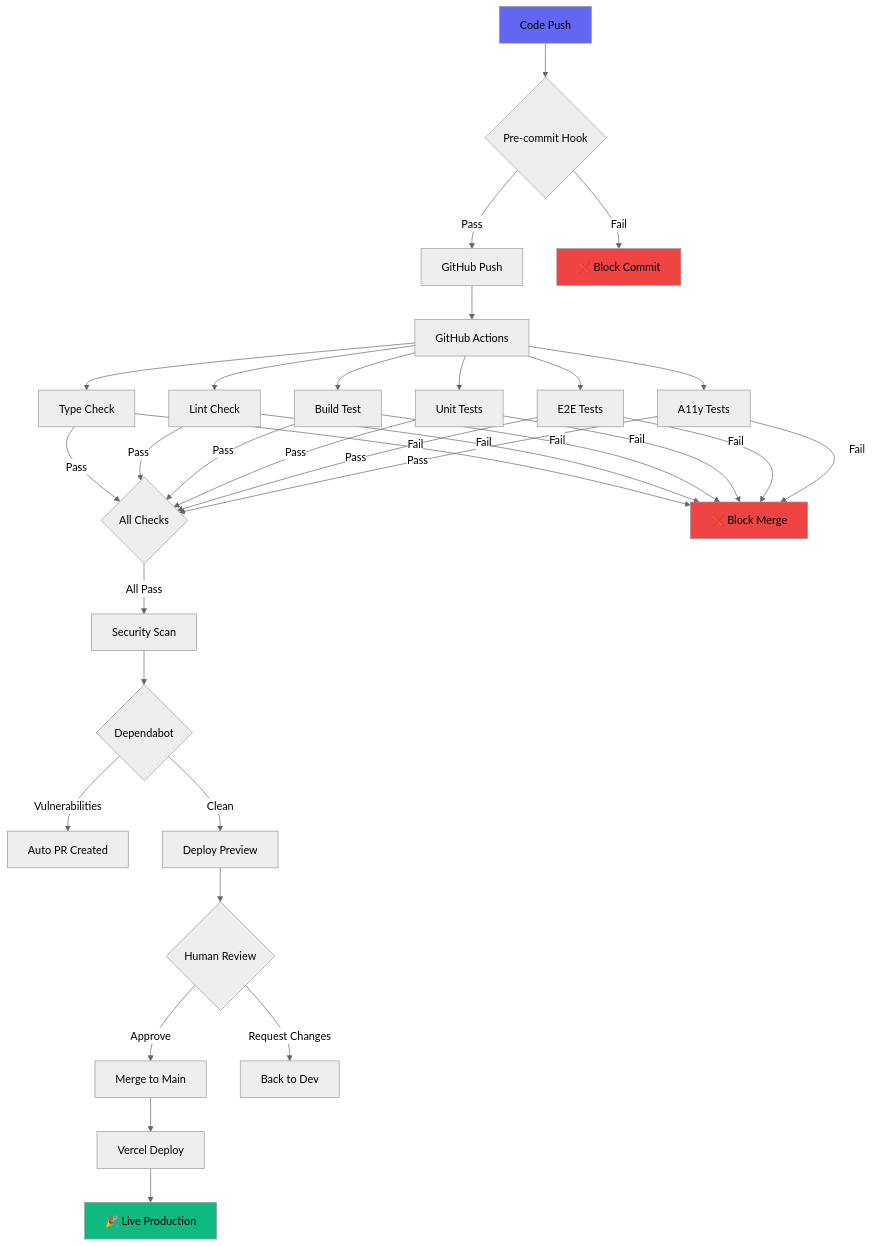
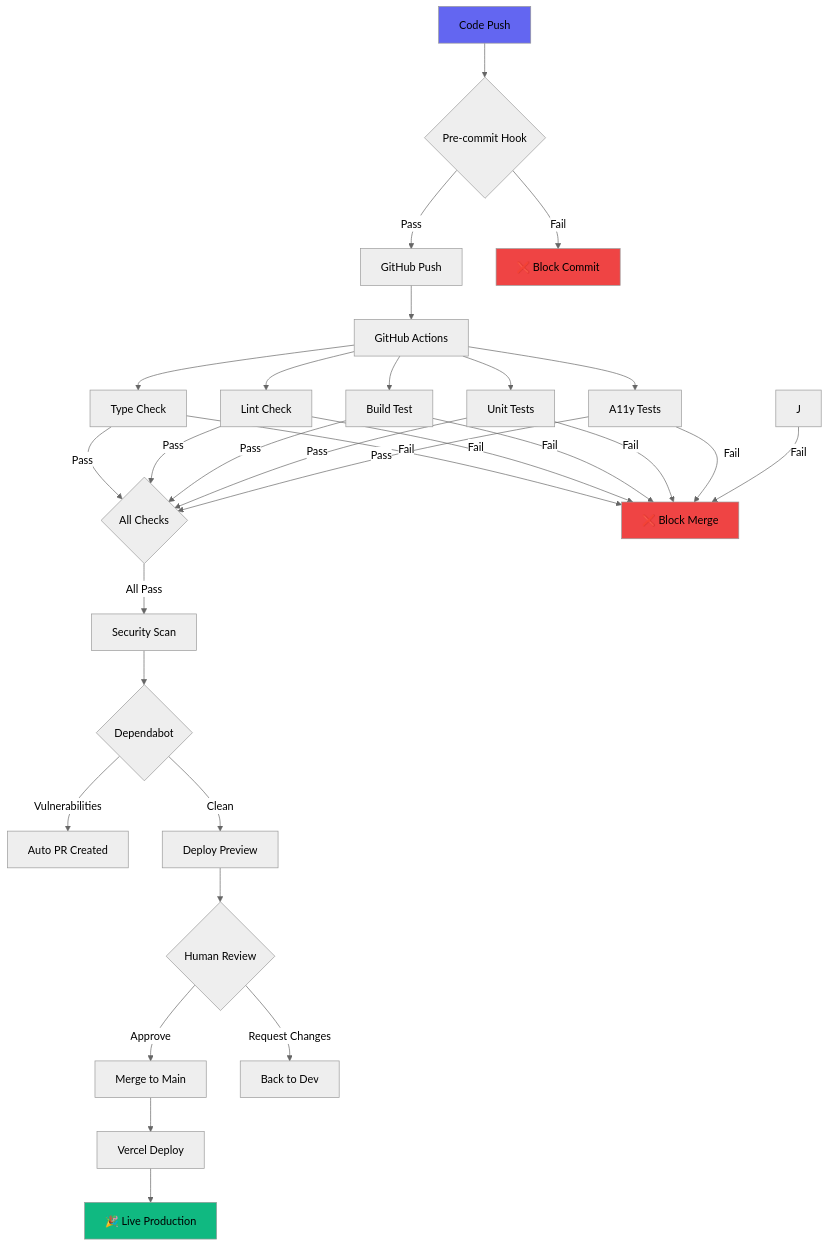
Before and after one commit to dmgrok/unconf: the first of 4 diagrams in README.md, drawn with Mermaid (neutral theme). The commit also changed other lines of this file and 6 other files, not shown here.

````diff
--- a/README.md
+++ b/README.md
@@ -97,45 +96,43 @@
 ```mermaid
 flowchart TD
     A[Code Push] --> B{Pre-commit Hook}
     B -->|Pass| C[GitHub Push]
     B -->|Fail| Z1[❌ Block Commit]
     
     C --> D[GitHub Actions]
     D --> E[Type Check]
     D --> F[Lint Check]
     D --> G[Build Test]
     D --> H[Unit Tests]
-    D --> I[E2E Tests]
-    D --> J[A11y Tests]
+    D --> I[A11y Tests]
     
     E -->|Pass| K{All Checks}
     F -->|Pass| K
     G -->|Pass| K
     H -->|Pass| K
     I -->|Pass| K
-    J -->|Pass| K
     
     E -->|Fail| Z2[❌ Block Merge]
     F -->|Fail| Z2
     G -->|Fail| Z2
     H -->|Fail| Z2
     I -->|Fail| Z2
     J -->|Fail| Z2
     
     K -->|All Pass| L[Security Scan]
     L --> M{Dependabot}
     M -->|Vulnerabilities| N[Auto PR Created]
     M -->|Clean| O[Deploy Preview]
     
     O --> P{Human Review}
     P -->|Approve| Q[Merge to Main]
     P -->|Request Changes| R[Back to Dev]
     
     Q --> S[Vercel Deploy]
     S --> T[🎉 Live Production]
     
     style A fill:#6366f1
     style T fill:#10b981
     style Z1 fill:#ef4444
     style Z2 fill:#ef4444
 ```
````
